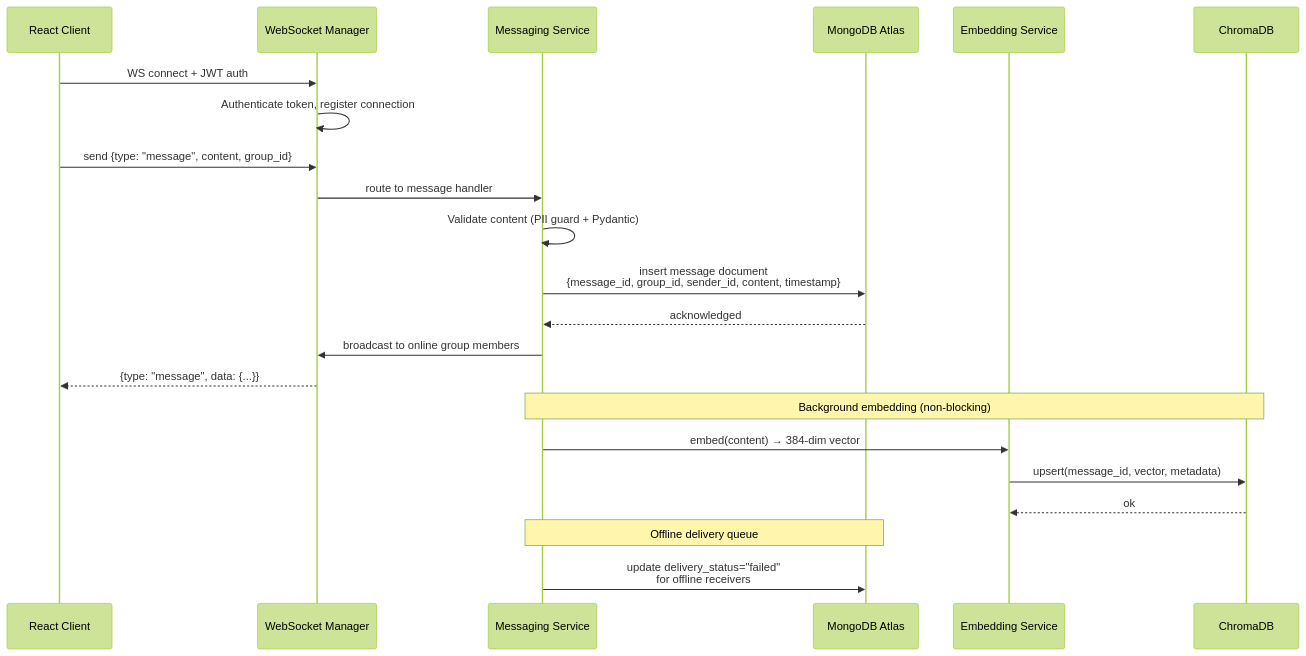
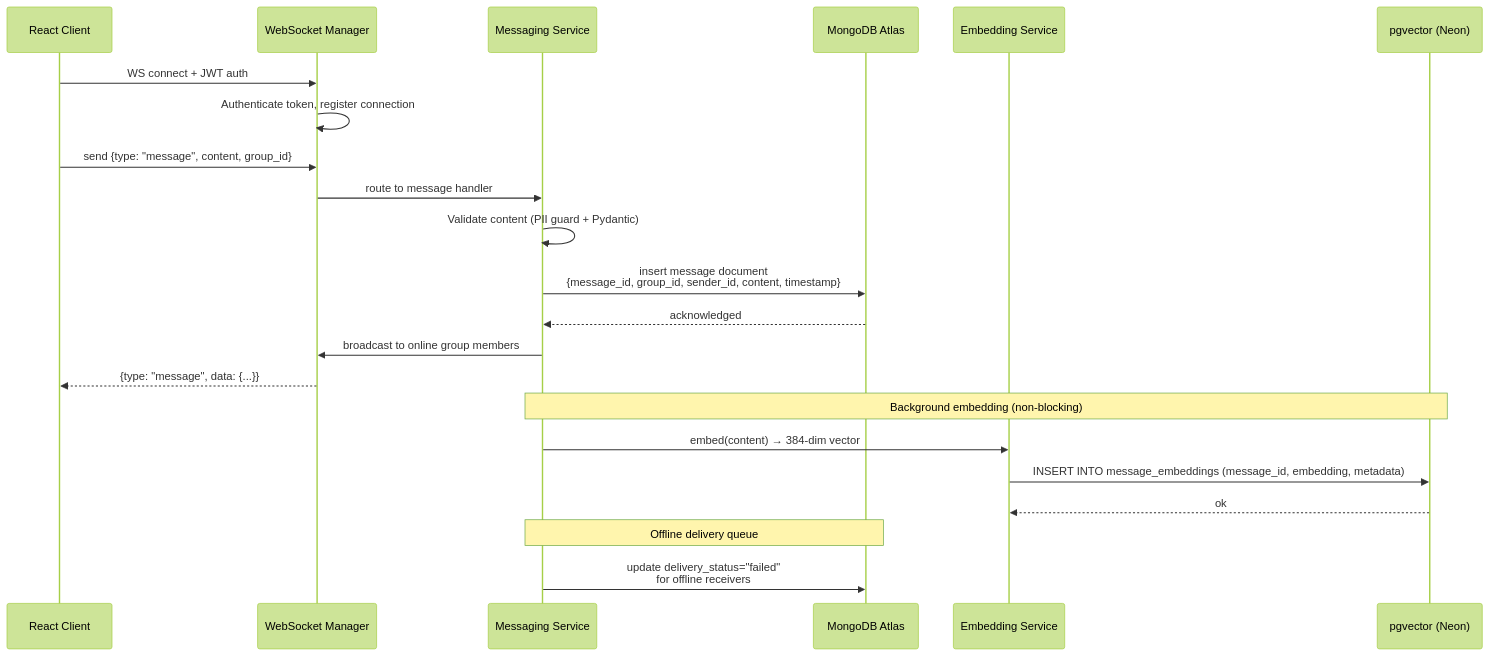
The first of 2 diagrams in docs/data-flow/ingestion-flow.md (keerthanajothiramesh/AI-Powered-Messaging-Platform), drawn with Mermaid (forest theme) before and after one commit. The commit also changed other lines of this file and 10 other files, not shown here.

First line of the commit message:
fix: replace all ChromaDB references with pgvector across codebase and docs

````diff
--- a/docs/data-flow/ingestion-flow.md
+++ b/docs/data-flow/ingestion-flow.md
@@ -9,29 +9,29 @@
 ```mermaid
 sequenceDiagram
     participant Client as React Client
     participant WS as WebSocket Manager
     participant MsgSvc as Messaging Service
     participant Mongo as MongoDB Atlas
     participant EmbSvc as Embedding Service
-    participant Chroma as ChromaDB
+    participant PGVec as pgvector (Neon)
 
     Client->>WS: WS connect + JWT auth
     WS->>WS: Authenticate token, register connection
     Client->>WS: send {type: "message", content, group_id}
 
     WS->>MsgSvc: route to message handler
     MsgSvc->>MsgSvc: Validate content (PII guard + Pydantic)
     MsgSvc->>Mongo: insert message document<br/>{message_id, group_id, sender_id, content, timestamp}
     Mongo-->>MsgSvc: acknowledged
 
     MsgSvc->>WS: broadcast to online group members
     WS-->>Client: {type: "message", data: {...}}
 
-    Note over MsgSvc,Chroma: Background embedding (non-blocking)
+    Note over MsgSvc,PGVec: Background embedding (non-blocking)
     MsgSvc->>EmbSvc: embed(content) → 384-dim vector
-    EmbSvc->>Chroma: upsert(message_id, vector, metadata)
-    Chroma-->>EmbSvc: ok
+    EmbSvc->>PGVec: INSERT INTO message_embeddings (message_id, embedding, metadata)
+    PGVec-->>EmbSvc: ok
 
     Note over MsgSvc,Mongo: Offline delivery queue
     MsgSvc->>Mongo: update delivery_status="failed"<br/>for offline receivers
 ```
````
